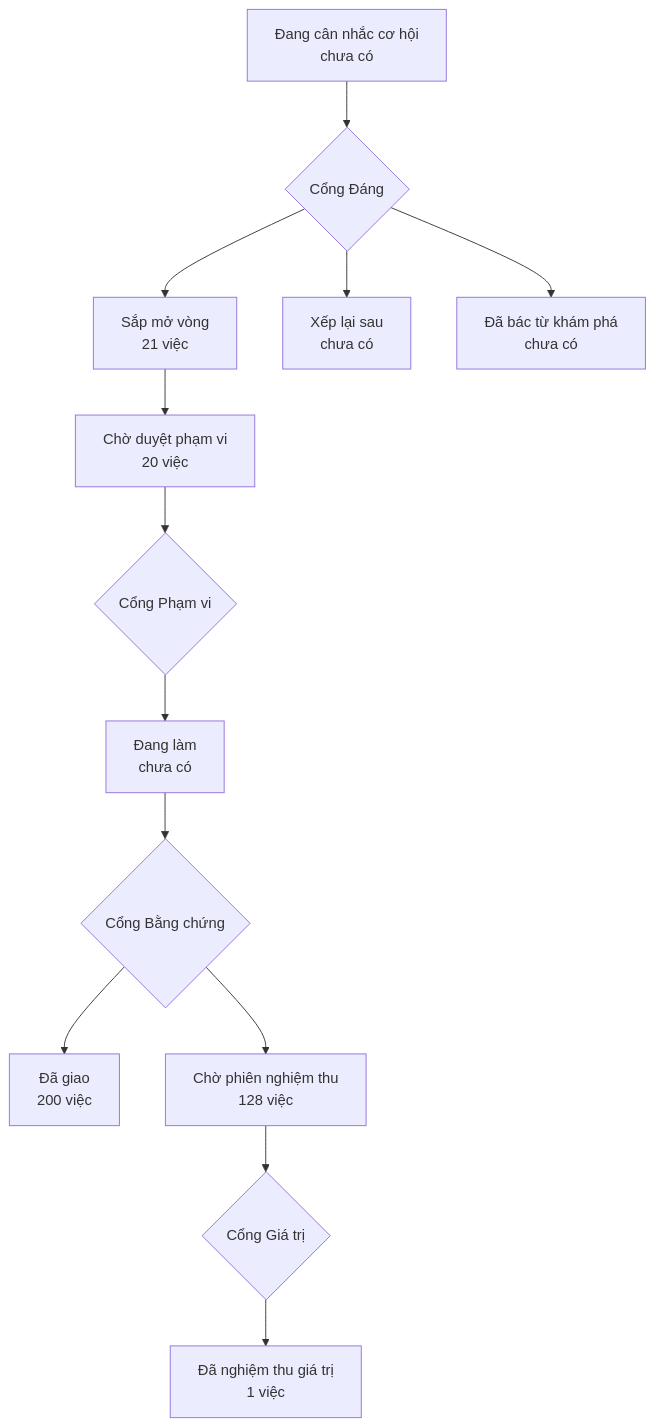
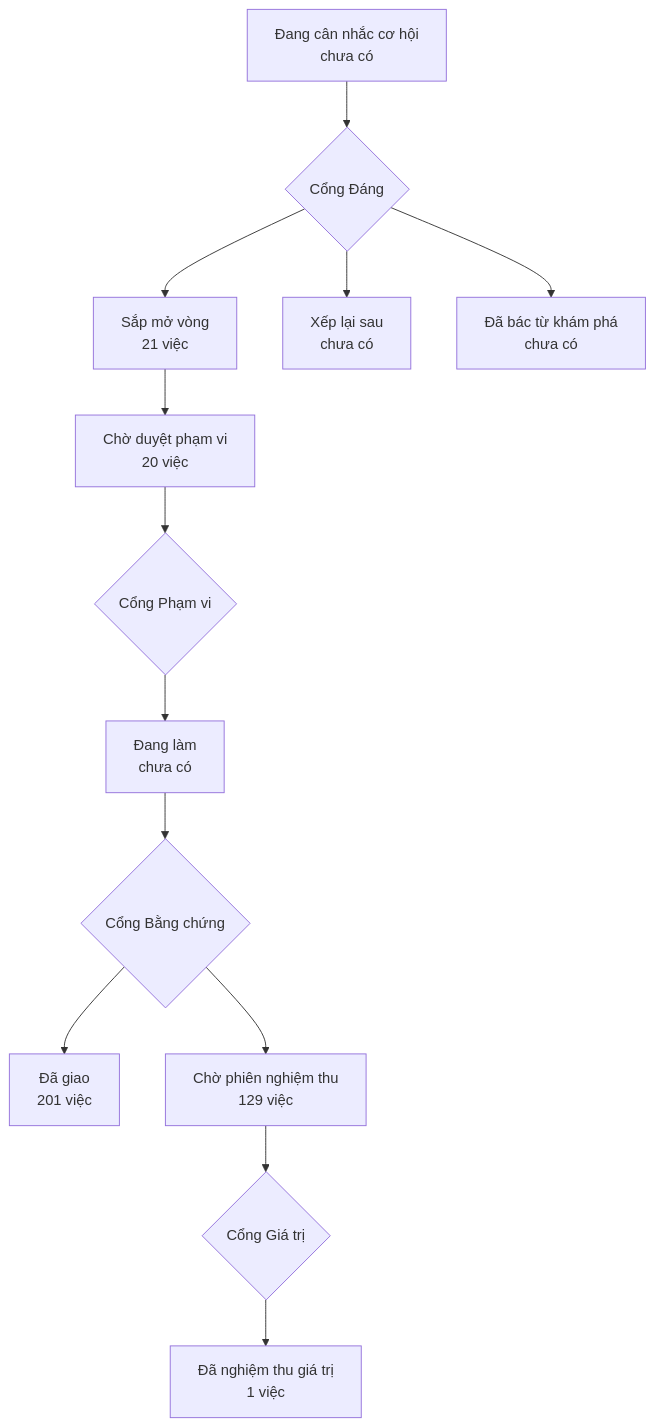
One commit to phanlemanh/onehub-invest changed the diagram in PRODUCT-MAP.md. Above: the diagram before and after it, drawn with Mermaid. The commit also changed other lines of this file and 1 other file, not shown here.

Commit message:
chore(map): vẽ lại bản đồ sản phẩm sau khi gộp main

````diff
--- a/PRODUCT-MAP.md
+++ b/PRODUCT-MAP.md
@@ -7,12 +7,12 @@
 ```mermaid
 flowchart TD
   A["Đang cân nhắc cơ hội<br/>chưa có"] --> GD{"Cổng Đáng"}
   GD --> B["Sắp mở vòng<br/>21 việc"]
   GD --> XL["Xếp lại sau<br/>chưa có"]
   GD --> DB["Đã bác từ khám phá<br/>chưa có"]
   B --> CD["Chờ duyệt phạm vi<br/>20 việc"] --> GP{"Cổng Phạm vi"}
   GP --> DL["Đang làm<br/>chưa có"] --> GB{"Cổng Bằng chứng"}
-  GB --> DG["Đã giao<br/>200 việc"]
-  GB --> CN["Chờ phiên nghiệm thu<br/>128 việc"] --> GG{"Cổng Giá trị"}
+  GB --> DG["Đã giao<br/>201 việc"]
+  GB --> CN["Chờ phiên nghiệm thu<br/>129 việc"] --> GG{"Cổng Giá trị"}
   GG --> NT["Đã nghiệm thu giá trị<br/>1 việc"]
 ```
````
